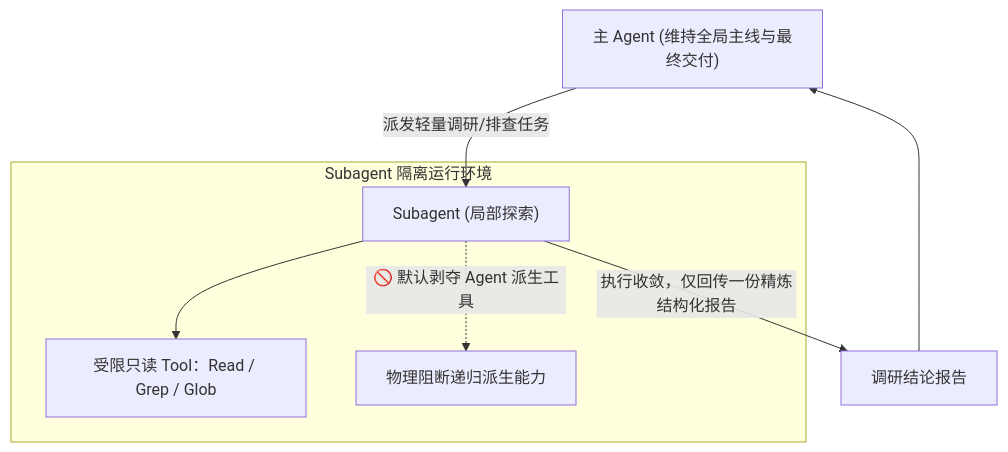
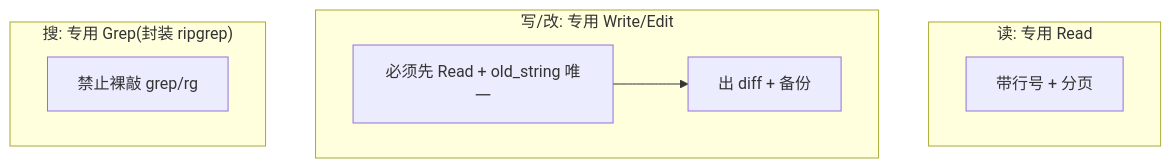
One commit to ImWenyaoT/website changed diagram 12 of 12 in docs/harness/claude-code.md. Above: the diagram before and after it, drawn with Mermaid. The commit also changed other lines of this file and 2 other files, not shown here.

````diff
--- a/docs/harness/claude-code.md
+++ b/docs/harness/claude-code.md
@@ -136,12 +262,12 @@
 ```mermaid
 flowchart TB
-    Parent["主 Agent (维持全局主线与最终交付)"] -->|"派发轻量调研/排查任务"| Sub["Subagent (局部探索)"]
-    
-    subgraph SubEnv["Subagent 隔离运行环境"]
-        Sub --> T_Read["受限只读 Tool：Read / Grep / Glob"]
-        Sub -.->|"🚫 默认剥夺 Agent 派生工具"| NoNest["物理阻断递归派生能力"]
+    subgraph R["读: 专用 Read"]
+        Rd["带行号 + 分页"]
     end
-
-    Sub -->|"执行收敛，仅回传一份精炼结构化报告"| Report["调研结论报告"]
-    Report --> Parent
+    subgraph W["写/改: 专用 Write/Edit"]
+        W1["必须先 Read + old_string 唯一"] --> W2["出 diff + 备份"]
+    end
+    subgraph S["搜: 专用 Grep(封装 ripgrep)"]
+        S1["禁止裸敲 grep/rg"]
+    end
 ```
````
